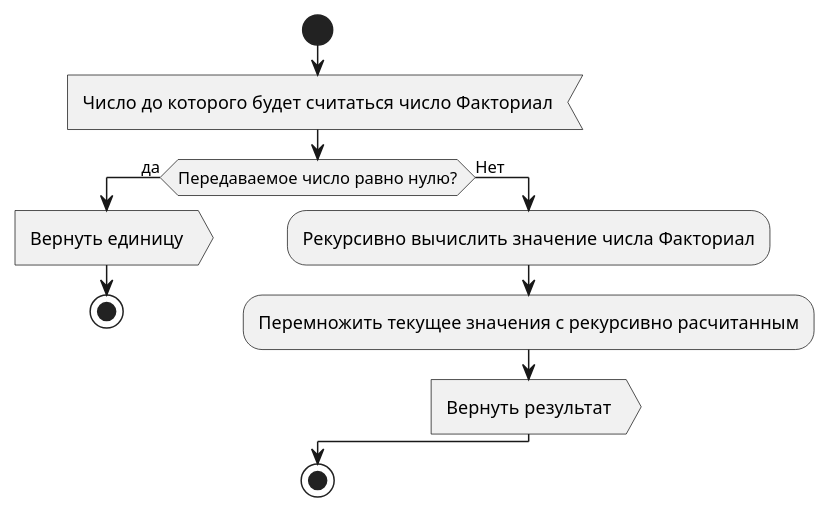
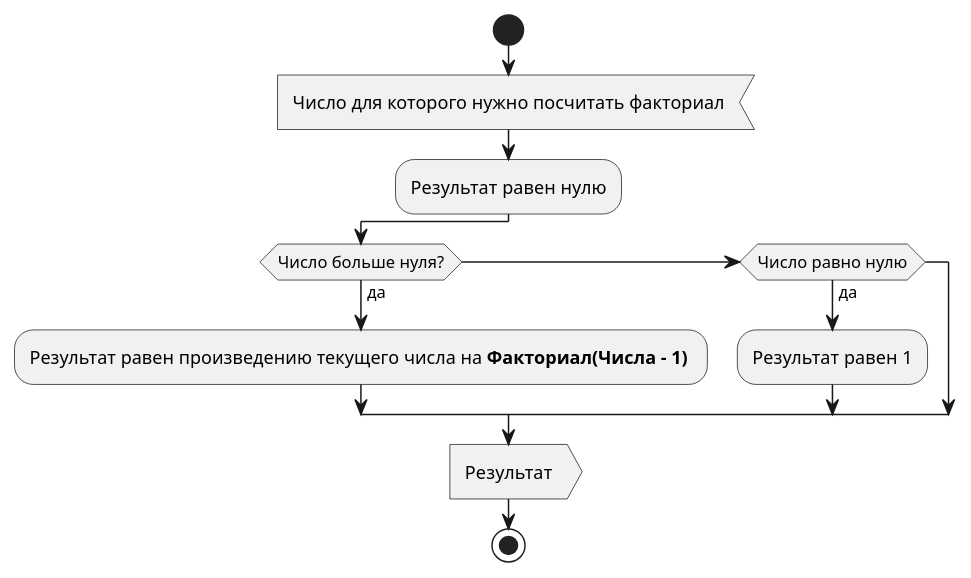
Before and after one commit to YA-NDT/IC-ADSC-TD: the diagram in Scenarios/3.2. Factorial.puml, drawn with PlantUML. The commit also changed 3 other files, not shown here.

```diff
--- a/Scenarios/3.2. Factorial.puml
+++ b/Scenarios/3.2. Factorial.puml
@@ -1,14 +1,13 @@
 @startuml
+
 start
-    :Число до которого будет считаться число Факториал<
-    
-    if (Передаваемое число равно нулю?) then (да)
-        :Вернуть единицу>
-        stop
-    else (Нет)
-        :Рекурсивно вычислить значение числа Факториал;
-        :Перемножить текущее значения с рекурсивно расчитанным;
-        :Вернуть результат>
-    endif
+:Число для которого нужно посчитать факториал<
+:Результат равен нулю;
+if (Число больше нуля?) then (да)
+	:Результат равен произведению текущего числа на <b>Факториал(Числа - 1)</b> ;
+elseif (Число равно нулю) then (да)
+	:Результат равен 1;
+endif
+:Результат>
 stop
 @enduml
```
